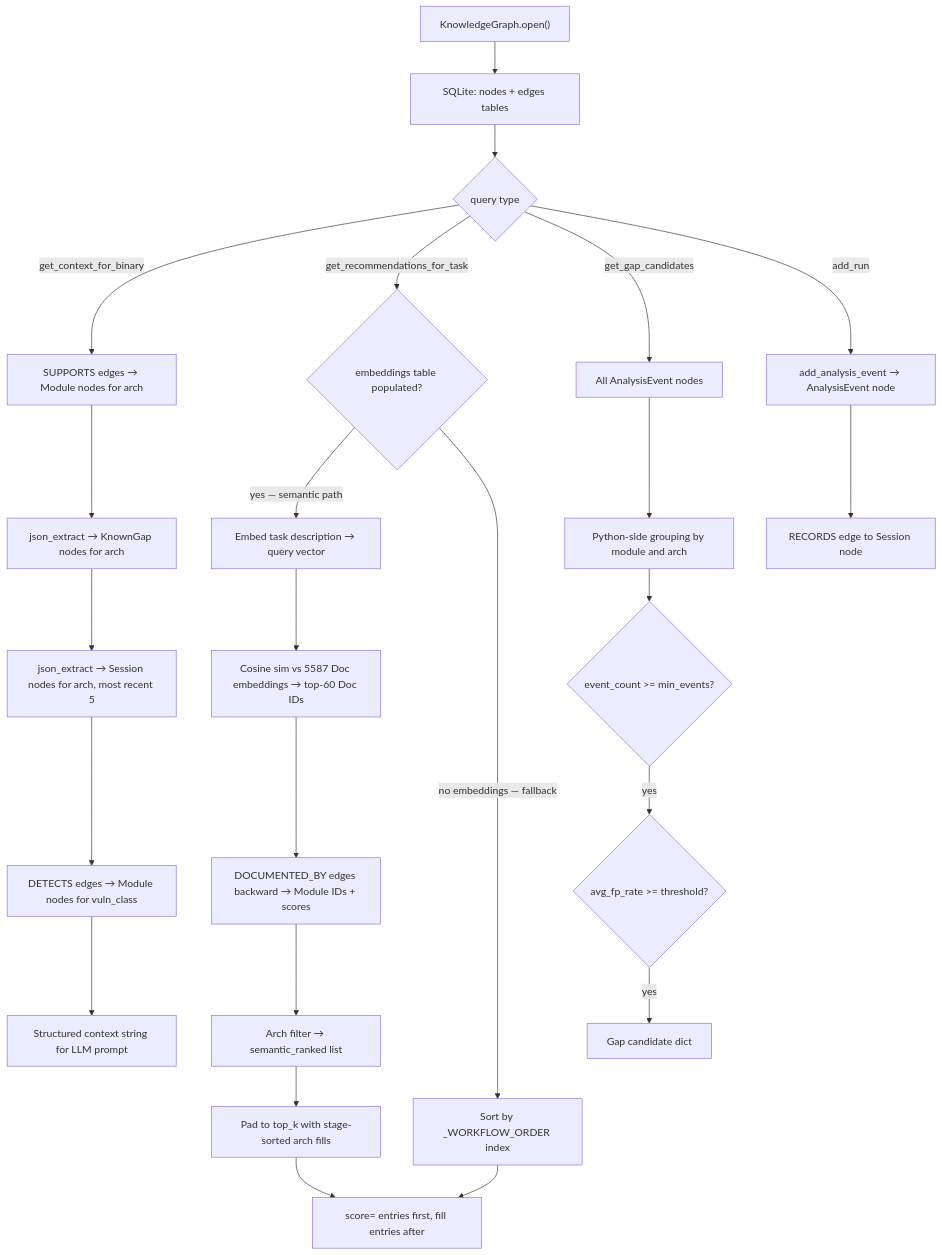
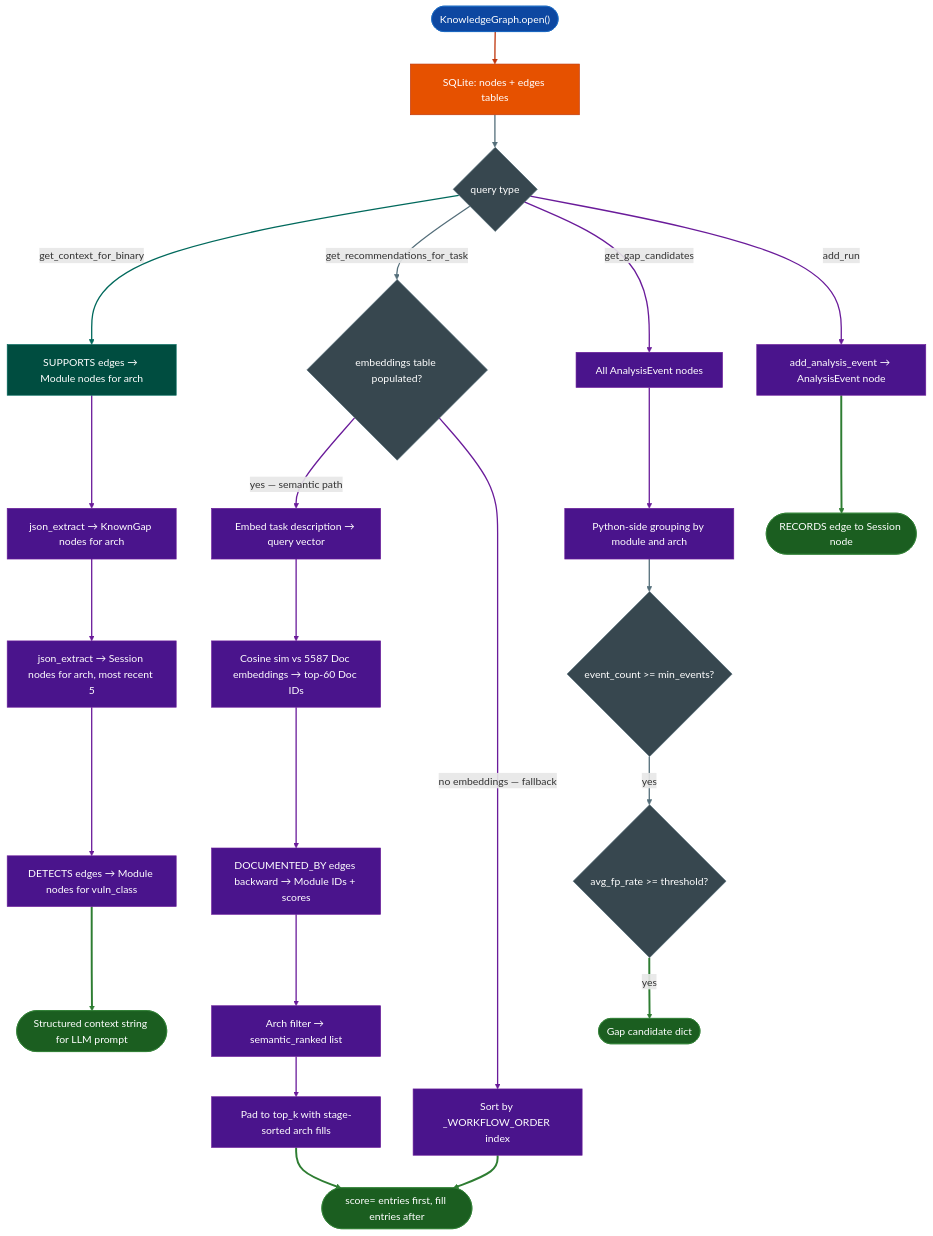
One commit to Ablation-Tool/ablation changed the diagram in docs/reference-modules/knowledge-graph.md. Above: the diagram before and after it, drawn with Mermaid. The commit also changed 320 other files, not shown here.

First line of the commit message:
docs: apply canonical Mermaid template to all 321 diagrams

````diff
--- a/docs/reference-modules/knowledge-graph.md
+++ b/docs/reference-modules/knowledge-graph.md
@@ -21,26 +21,55 @@
 ```mermaid
 flowchart TD
-    A["KnowledgeGraph.open()"] --> B[SQLite: nodes + edges tables]
-    B --> C{query type}
-    C -->|get_context_for_binary| D[SUPPORTS edges → Module nodes for arch]
-    D --> E[json_extract → KnownGap nodes for arch]
-    E --> F[json_extract → Session nodes for arch, most recent 5]
-    F --> G[DETECTS edges → Module nodes for vuln_class]
-    G --> H[Structured context string for LLM prompt]
-    C -->|get_recommendations_for_task| I{embeddings table populated?}
-    I -->|yes — semantic path| I2[Embed task description → query vector]
-    I2 --> I3[Cosine sim vs 5587 Doc embeddings → top-60 Doc IDs]
-    I3 --> I4[DOCUMENTED_BY edges backward → Module IDs + scores]
-    I4 --> I5[Arch filter → semantic_ranked list]
-    I5 --> I6[Pad to top_k with stage-sorted arch fills]
-    I6 --> K[score= entries first, fill entries after]
-    I -->|no embeddings — fallback| J[Sort by _WORKFLOW_ORDER index]
-    J --> K
-    C -->|get_gap_candidates| L[All AnalysisEvent nodes]
-    L --> M[Python-side grouping by module and arch]
-    M --> N{event_count >= min_events?}
-    N -->|yes| O{avg_fp_rate >= threshold?}
-    O -->|yes| P[Gap candidate dict]
-    C -->|add_run| Q[add_analysis_event → AnalysisEvent node]
-    Q --> R[RECORDS edge to Session node]
+    A(["KnowledgeGraph.open()"]):::input --> B["SQLite: nodes + edges tables"]:::primary
+    B:::primary --> C{"query type"}:::neutral
+    C:::neutral -->|get_context_for_binary| D["SUPPORTS edges → Module nodes for arch"]:::secondary
+    D:::secondary --> E["json_extract → KnownGap nodes for arch"]:::tertiary
+    E:::tertiary --> F["json_extract → Session nodes for arch, most recent 5"]:::tertiary
+    F:::tertiary --> G["DETECTS edges → Module nodes for vuln_class"]:::tertiary
+    G:::tertiary --> H(["Structured context string for LLM prompt"]):::output
+    C:::neutral -->|get_recommendations_for_task| I{"embeddings table populated?"}:::neutral
+    I:::neutral -->|yes — semantic path| I2["Embed task description → query vector"]:::tertiary
+    I2:::tertiary --> I3["Cosine sim vs 5587 Doc embeddings → top-60 Doc IDs"]:::tertiary
+    I3:::tertiary --> I4["DOCUMENTED_BY edges backward → Module IDs + scores"]:::tertiary
+    I4:::tertiary --> I5["Arch filter → semantic_ranked list"]:::tertiary
+    I5:::tertiary --> I6["Pad to top_k with stage-sorted arch fills"]:::tertiary
+    I6:::tertiary --> K(["score= entries first, fill entries after"]):::output
+    I:::neutral -->|no embeddings — fallback| J["Sort by _WORKFLOW_ORDER index"]:::tertiary
+    J:::tertiary --> K:::output
+    C:::neutral -->|get_gap_candidates| L["All AnalysisEvent nodes"]:::tertiary
+    L:::tertiary --> M["Python-side grouping by module and arch"]:::tertiary
+    M:::tertiary --> N{"event_count >= min_events?"}:::neutral
+    N:::neutral -->|yes| O{"avg_fp_rate >= threshold?"}:::neutral
+    O:::neutral -->|yes| P(["Gap candidate dict"]):::output
+    C:::neutral -->|add_run| Q["add_analysis_event → AnalysisEvent node"]:::tertiary
+    Q:::tertiary --> R(["RECORDS edge to Session node"]):::output
+    classDef input     fill:#0d47a1,stroke:#1565c0,color:#fff
+    classDef primary   fill:#e65100,stroke:#bf360c,color:#fff
+    classDef secondary fill:#004d40,stroke:#00695c,color:#fff
+    classDef tertiary  fill:#4a148c,stroke:#6a1b9a,color:#fff
+    classDef neutral   fill:#37474f,stroke:#546e7a,color:#fff
+    classDef output    fill:#1b5e20,stroke:#2e7d32,color:#fff
+    linkStyle 0 stroke:#bf360c,stroke-width:2px
+    linkStyle 1 stroke:#546e7a,stroke-width:2px
+    linkStyle 2 stroke:#00695c,stroke-width:2px
+    linkStyle 3 stroke:#6a1b9a,stroke-width:2px
+    linkStyle 4 stroke:#6a1b9a,stroke-width:2px
+    linkStyle 5 stroke:#6a1b9a,stroke-width:2px
+    linkStyle 6 stroke:#2e7d32,stroke-width:3px
+    linkStyle 7 stroke:#546e7a,stroke-width:2px
+    linkStyle 8 stroke:#6a1b9a,stroke-width:2px
+    linkStyle 9 stroke:#6a1b9a,stroke-width:2px
+    linkStyle 10 stroke:#6a1b9a,stroke-width:2px
+    linkStyle 11 stroke:#6a1b9a,stroke-width:2px
+    linkStyle 12 stroke:#6a1b9a,stroke-width:2px
+    linkStyle 13 stroke:#2e7d32,stroke-width:3px
+    linkStyle 14 stroke:#6a1b9a,stroke-width:2px
+    linkStyle 15 stroke:#2e7d32,stroke-width:3px
+    linkStyle 16 stroke:#6a1b9a,stroke-width:2px
+    linkStyle 17 stroke:#6a1b9a,stroke-width:2px
+    linkStyle 18 stroke:#546e7a,stroke-width:2px
+    linkStyle 19 stroke:#546e7a,stroke-width:2px
+    linkStyle 20 stroke:#2e7d32,stroke-width:3px
+    linkStyle 21 stroke:#6a1b9a,stroke-width:2px
+    linkStyle 22 stroke:#2e7d32,stroke-width:3px
 ```
````
